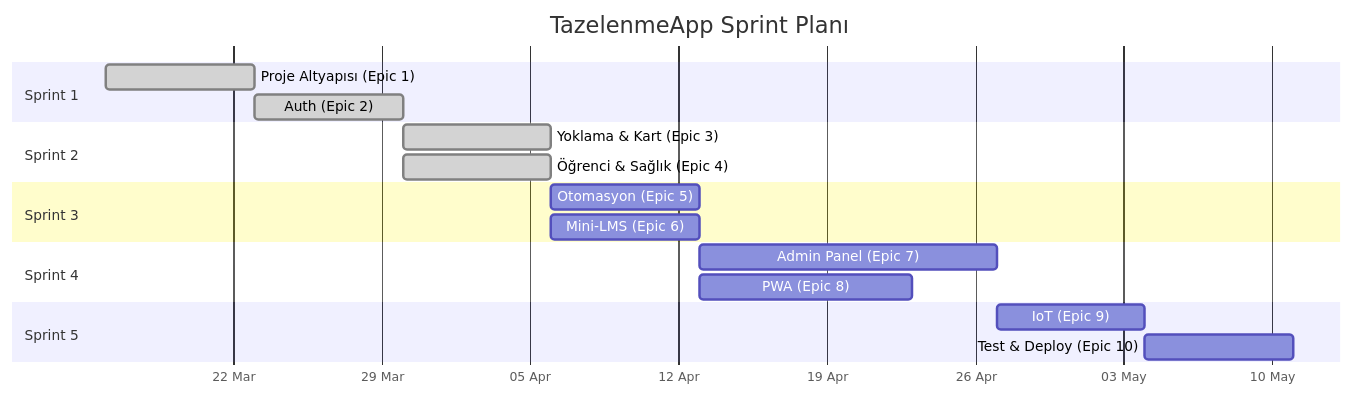
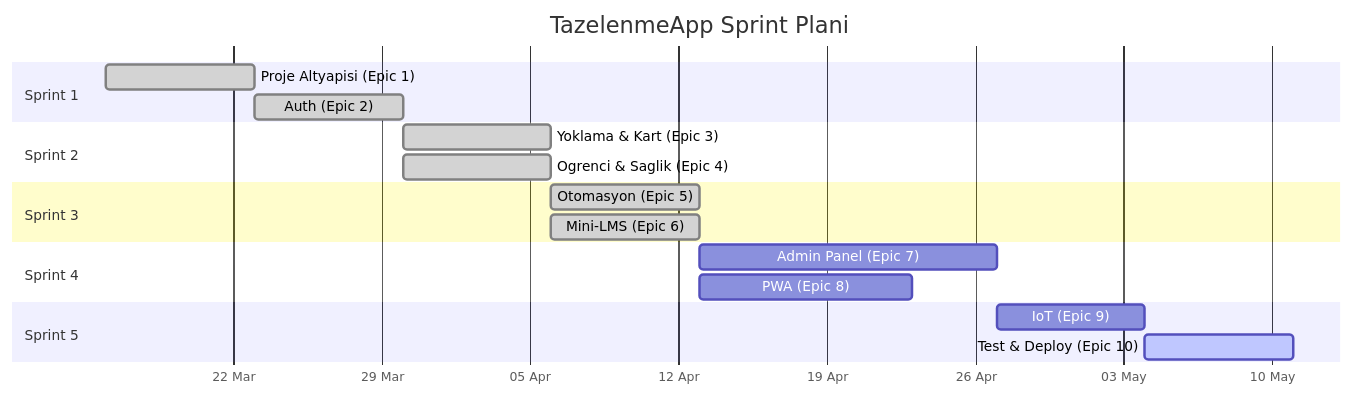
One commit to burakyalcin10/TazelenmeApp changed the diagram in kanban_board.md. Above: the diagram before and after it, drawn with Mermaid. The commit also changed other lines of this file and 30 other files, not shown here.

````diff
--- a/kanban_board.md
+++ b/kanban_board.md
@@ -173,26 +172,26 @@
 ```mermaid
 gantt
-    title TazelenmeApp Sprint Planı
+    title TazelenmeApp Sprint Plani
     dateFormat  YYYY-MM-DD
     axisFormat  %d %b
 
     section Sprint 1
-    Proje Altyapısı (Epic 1)     :done, s1e1, 2026-03-16, 7d
+    Proje Altyapisi (Epic 1)     :done, s1e1, 2026-03-16, 7d
     Auth (Epic 2)                :done, s1e2, after s1e1, 7d
 
     section Sprint 2
     Yoklama & Kart (Epic 3)      :done, s2e3, after s1e2, 7d
-    Öğrenci & Sağlık (Epic 4)    :done, s2e4, after s1e2, 7d
+    Ogrenci & Saglik (Epic 4)    :done, s2e4, after s1e2, 7d
 
     section Sprint 3
-    Otomasyon (Epic 5)           :s3e5, after s2e3, 7d
-    Mini-LMS (Epic 6)            :s3e6, after s2e4, 7d
+    Otomasyon (Epic 5)           :done, s3e5, after s2e3, 7d
+    Mini-LMS (Epic 6)            :done, s3e6, after s2e4, 7d
 
     section Sprint 4
     Admin Panel (Epic 7)         :s4e7, after s3e5, 14d
     PWA (Epic 8)                 :s4e8, after s3e6, 10d
 
     section Sprint 5
     IoT (Epic 9)                 :s5e9, after s4e7, 7d
-    Test & Deploy (Epic 10)      :s5e10, after s5e9, 7d
+    Test & Deploy (Epic 10)      :active, s5e10, after s5e9, 7d
 ```
````
